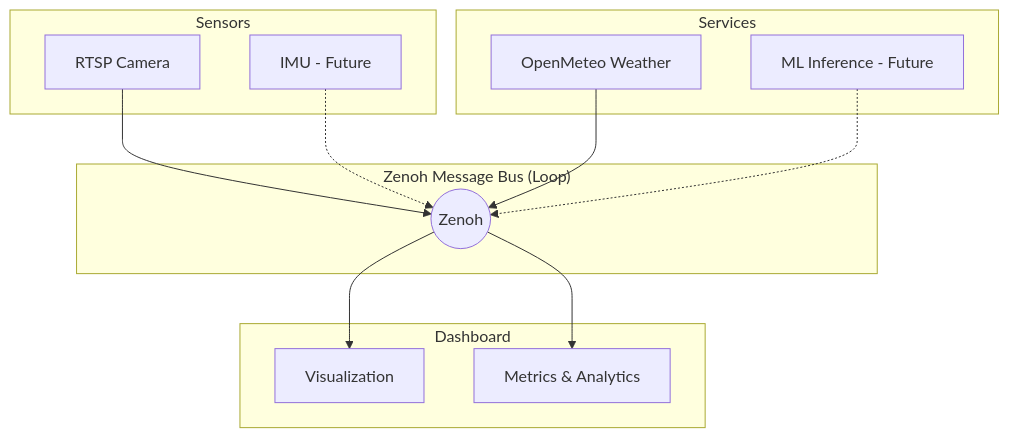
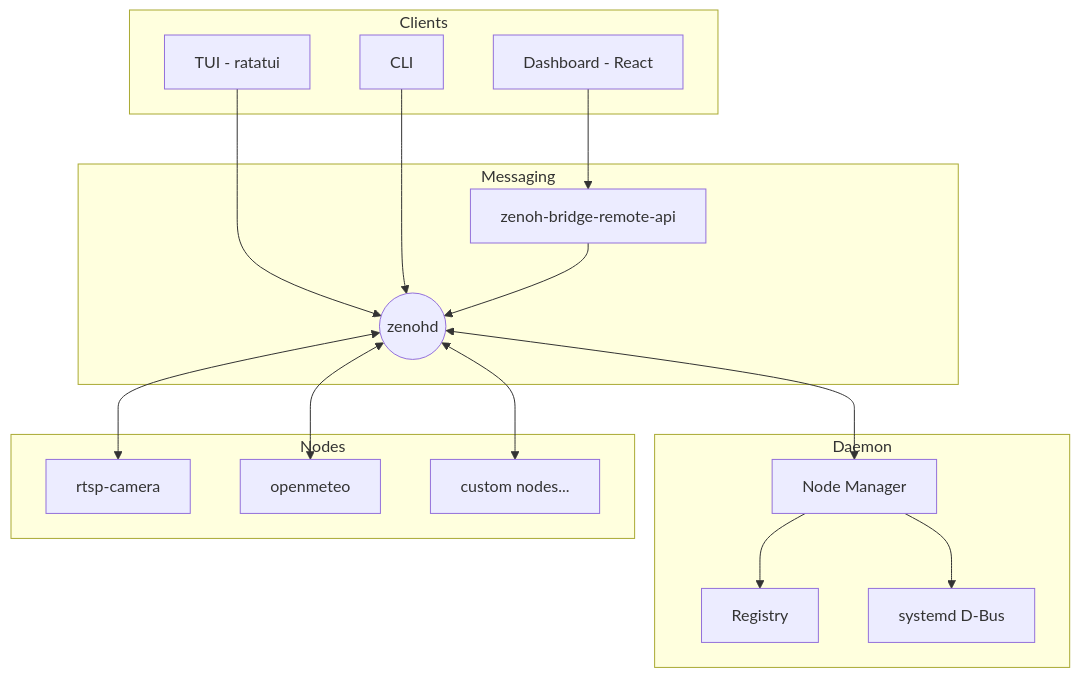
One commit to kornia/bubbaloop changed the diagram in docs/index.md. Above: the diagram before and after it, drawn with Mermaid. The commit also changed other lines of this file and 3 other files, not shown here.

````diff
--- a/docs/index.md
+++ b/docs/index.md
@@ -20,28 +40,35 @@
 ```mermaid
 flowchart TB
-    subgraph Sensors
-        cam[RTSP Camera]
-        imu[IMU - Future]
+    subgraph Clients
+        tui[TUI - ratatui]
+        dash[Dashboard - React]
+        cli[CLI]
     end
 
-    subgraph Services
-        weather[OpenMeteo Weather]
-        ml[ML Inference - Future]
+    subgraph Messaging
+        bridge[zenoh-bridge-remote-api]
+        zenohd((zenohd))
     end
 
-    subgraph Core["Zenoh Message Bus (Loop)"]
-        zenoh((Zenoh))
+    subgraph Daemon
+        nm[Node Manager]
+        reg[Registry]
+        sysd[systemd D-Bus]
     end
 
-    subgraph Dashboard
-        viz[Visualization]
-        stats[Metrics & Analytics]
+    subgraph Nodes
+        cam[rtsp-camera]
+        weather[openmeteo]
+        custom[custom nodes...]
     end
 
-    cam --> zenoh
-    imu -.-> zenoh
-    weather --> zenoh
-    ml -.-> zenoh
-    zenoh --> viz
-    zenoh --> stats
+    tui --> zenohd
+    cli --> zenohd
+    dash --> bridge --> zenohd
+    zenohd <--> nm
+    nm --> reg
+    nm --> sysd
+    zenohd <--> cam
+    zenohd <--> weather
+    zenohd <--> custom
 ```
````
